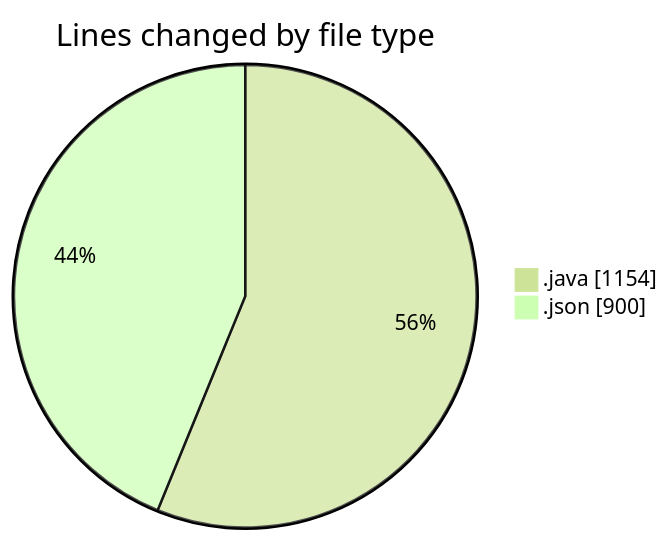
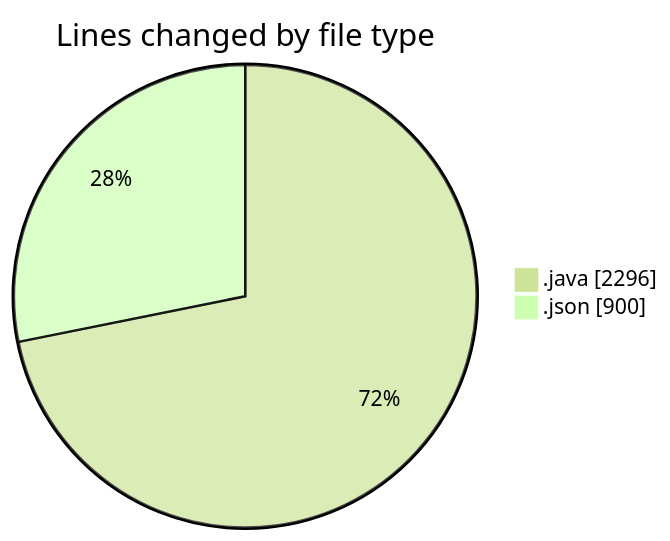
One commit to ricardozamudiocil/code-tracking changed the first of 2 diagrams in 2026-03-31/cilapp/README.md. Above: the diagram before and after it, drawn with Mermaid (forest theme). The commit also changed other lines of this file and 1 other file, not shown here.

````diff
--- a/2026-03-31/cilapp/README.md
+++ b/2026-03-31/cilapp/README.md
@@ -21,6 +21,6 @@
 ```mermaid
 pie showData
 title Lines changed by file type
-".java" : 1154
+".java" : 2296
 ".json" : 900
 ```
````
